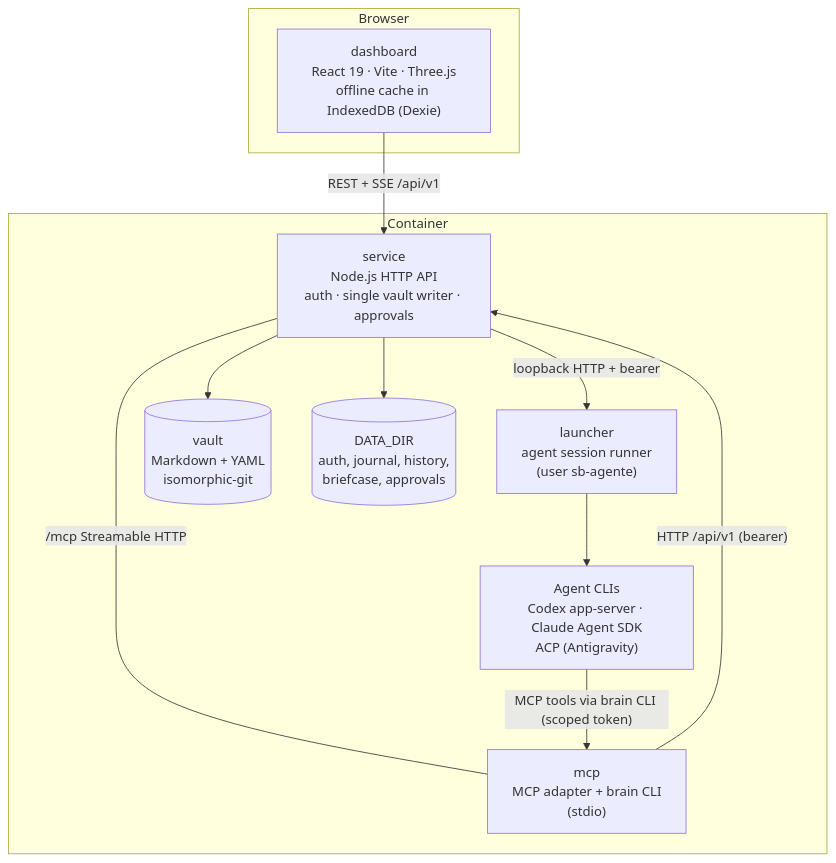
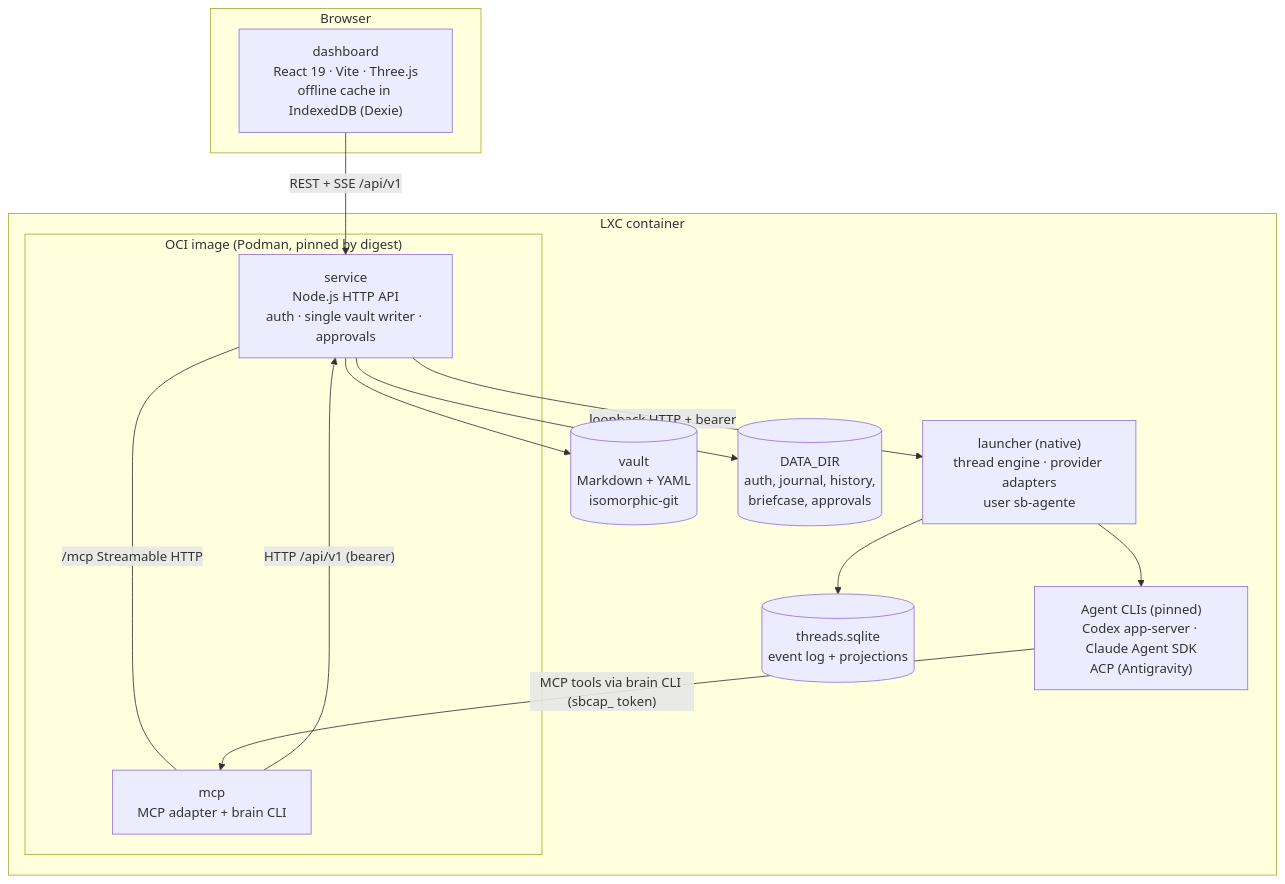
One commit to paul-jar4millo/SecondBrain changed the second of 2 diagrams in docs/architecture/README.md. Above: the diagram before and after it, drawn with Mermaid. The commit also changed other lines of this file and 35 other files, not shown here.

````diff
--- a/docs/architecture/README.md
+++ b/docs/architecture/README.md
@@ -37,23 +39,27 @@
 ```mermaid
 flowchart TB
   subgraph browser["Browser"]
     dashboard["dashboard<br/>React 19 · Vite · Three.js<br/>offline cache in IndexedDB (Dexie)"]
   end
-  subgraph lxc["Container"]
-    service["service<br/>Node.js HTTP API<br/>auth · single vault writer · approvals"]
-    mcp["mcp<br/>MCP adapter + brain CLI<br/>(stdio)"]
-    launcher["launcher<br/>agent session runner<br/>(user sb-agente)"]
+  subgraph lxc["LXC container"]
+    subgraph image["OCI image (Podman, pinned by digest)"]
+      service["service<br/>Node.js HTTP API<br/>auth · single vault writer · approvals"]
+      mcp["mcp<br/>MCP adapter + brain CLI"]
+    end
+    launcher["launcher (native)<br/>thread engine · provider adapters<br/>user sb-agente"]
     vault[("vault<br/>Markdown + YAML<br/>isomorphic-git")]
     data[("DATA_DIR<br/>auth, journal, history,<br/>briefcase, approvals")]
-    clis["Agent CLIs<br/>Codex app-server · Claude Agent SDK<br/>ACP (Antigravity)"]
+    sqlite[("threads.sqlite<br/>event log + projections")]
+    clis["Agent CLIs (pinned)<br/>Codex app-server · Claude Agent SDK<br/>ACP (Antigravity)"]
   end
 
   dashboard -- "REST + SSE /api/v1" --> service
   mcp -- "HTTP /api/v1 (bearer)" --> service
   service -- "/mcp Streamable HTTP" --- mcp
   service -- "loopback HTTP + bearer" --> launcher
   service --> vault
   service --> data
+  launcher --> sqlite
   launcher --> clis
-  clis -- "MCP tools via brain CLI (scoped token)" --> mcp
+  clis -- "MCP tools via brain CLI (sbcap_ token)" --> mcp
 ```
````
